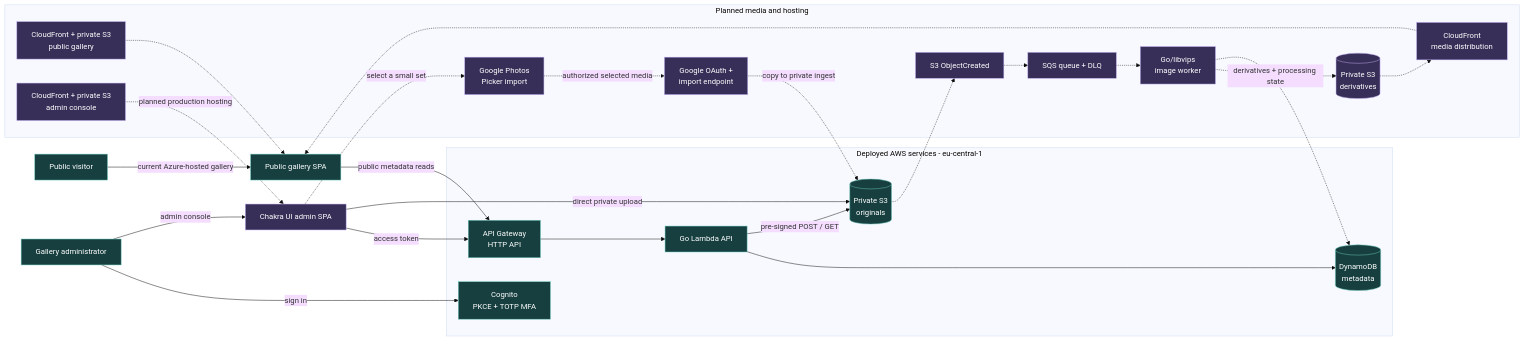
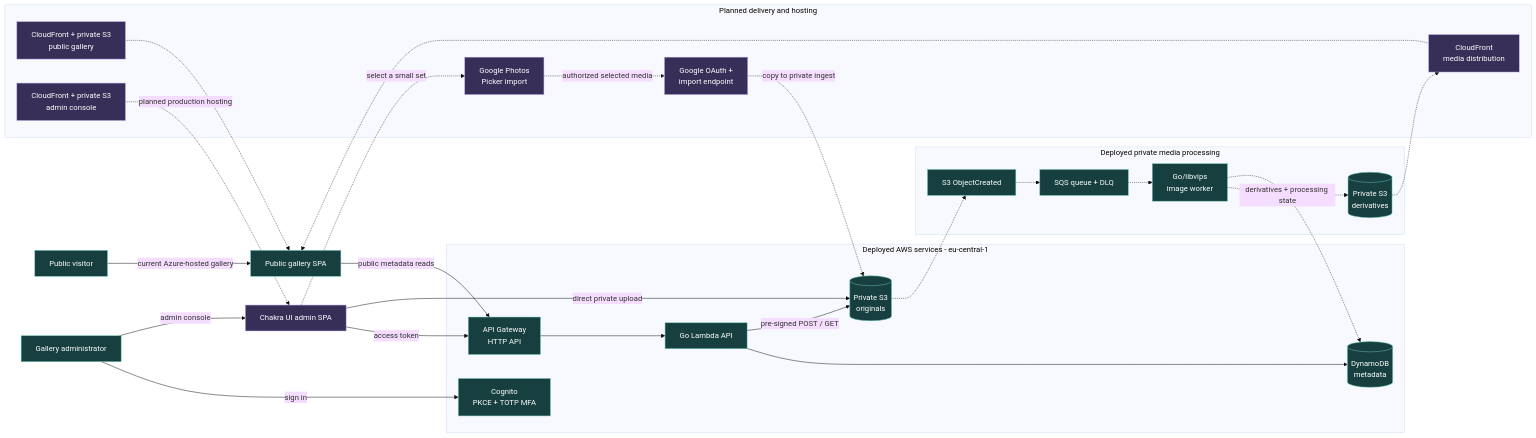
The diagram in README.md (DmytroPI-dev/photo-portfolio), drawn with Mermaid (base theme) before and after one commit. The commit also changed other lines of this file and 13 other files, not shown here.

````diff
--- a/README.md
+++ b/README.md
@@ -44,53 +44,56 @@
 ```mermaid
 flowchart LR
   visitor[Public visitor]
   admin[Gallery administrator]
 
   subgraph current[Deployed AWS services - eu-central-1]
     cognito[Cognito<br/>PKCE + TOTP MFA]
     api[API Gateway<br/>HTTP API]
     lambda[Go Lambda API]
     metadata[(DynamoDB<br/>metadata)]
     originals[(Private S3<br/>originals)]
   end
 
-  subgraph planned[Planned media and hosting]
+  subgraph deployedMedia[Deployed private media processing]
     uploads[S3 ObjectCreated]
     queue[SQS queue + DLQ]
     worker[Go/libvips<br/>image worker]
+    derivatives[(Private S3<br/>derivatives)]
+  end
+
+  subgraph planned[Planned delivery and hosting]
     google[Google Photos<br/>Picker import]
     importer[Google OAuth +<br/>import endpoint]
-    derivatives[(Private S3<br/>derivatives)]
     media[CloudFront<br/>media distribution]
     galleryHost[CloudFront + private S3<br/>public gallery]
     adminHost[CloudFront + private S3<br/>admin console]
   end
 
   visitor -->|current Azure-hosted gallery| gallery[Public gallery SPA]
   gallery -->|public metadata reads| api
   admin -->|sign in| cognito
   admin -->|admin console| adminApp[Chakra UI admin SPA]
   adminHost -.->|planned production hosting| adminApp
   adminApp -->|access token| api
   api --> lambda
   lambda --> metadata
   lambda -->|pre-signed POST / GET| originals
   adminApp -->|direct private upload| originals
   adminApp -.->|select a small set| google
   google -.->|authorized selected media| importer
   importer -.->|copy to private ingest| originals
 
   originals -.-> uploads
   uploads -.-> queue
   queue -.-> worker
   worker -.->|derivatives + processing state| derivatives
   worker -.-> metadata
   derivatives -.-> media
   media -.-> gallery
   galleryHost -.-> gallery
 
   classDef deployed fill:#173f3f,stroke:#67c6b8,color:#ffffff;
   classDef planned fill:#382f58,stroke:#bba8ec,color:#ffffff;
-  class visitor,admin,gallery,cognito,api,lambda,metadata,originals deployed;
-  class uploads,queue,worker,derivatives,media,galleryHost,adminHost,adminApp,google,importer planned;
+  class visitor,admin,gallery,cognito,api,lambda,metadata,originals,uploads,queue,worker,derivatives deployed;
+  class media,galleryHost,adminHost,adminApp,google,importer planned;
 ```
````
